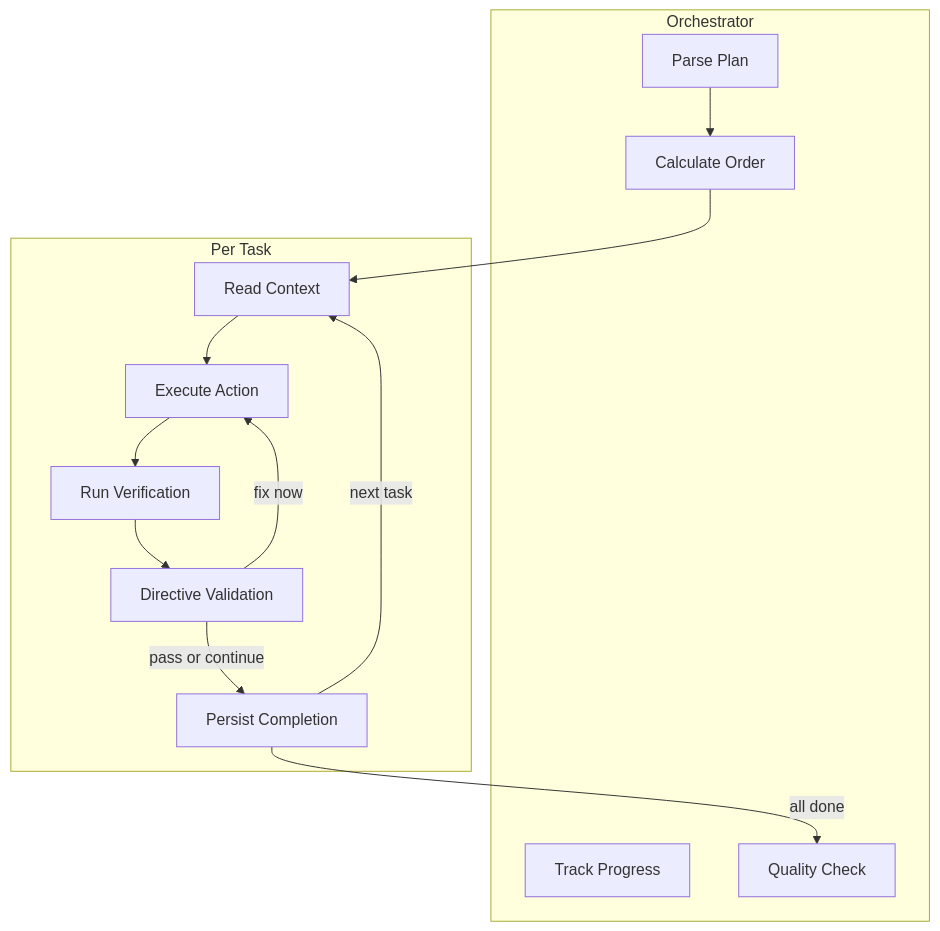
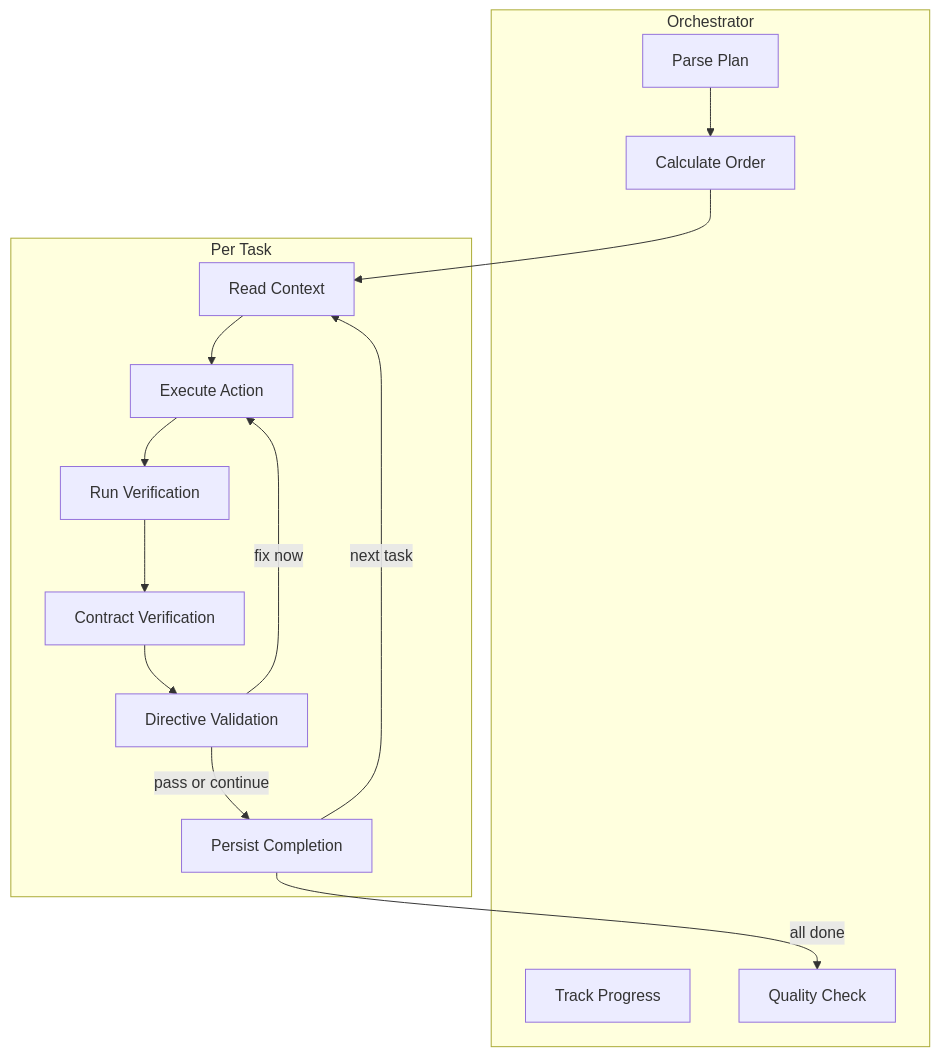
Before and after one commit to mattfletcher94/festinalente: the diagram in .festinalente/product/skills/implement.md, drawn with Mermaid. The commit also changed other lines of this file, not shown here.

Commit message:
docs(#67): product - contract verification in implement

````diff
--- a/.festinalente/product/skills/implement.md
+++ b/.festinalente/product/skills/implement.md
@@ -29,27 +29,29 @@
 ```mermaid
 flowchart TB
     subgraph "Orchestrator"
         Parse[Parse Plan]
         Order[Calculate Order]
         Track[Track Progress]
         Quality[Quality Check]
     end
 
     subgraph "Per Task"
         ReadCtx[Read Context]
         Execute[Execute Action]
         Verify[Run Verification]
+        ContractV[Contract Verification]
         DirVal[Directive Validation]
         Persist[Persist Completion]
     end
 
     Parse --> Order
     Order --> ReadCtx
     ReadCtx --> Execute
     Execute --> Verify
-    Verify --> DirVal
+    Verify --> ContractV
+    ContractV --> DirVal
     DirVal --> |pass or continue| Persist
     DirVal --> |fix now| Execute
     Persist --> |next task| ReadCtx
     Persist --> |all done| Quality
 ```
````
